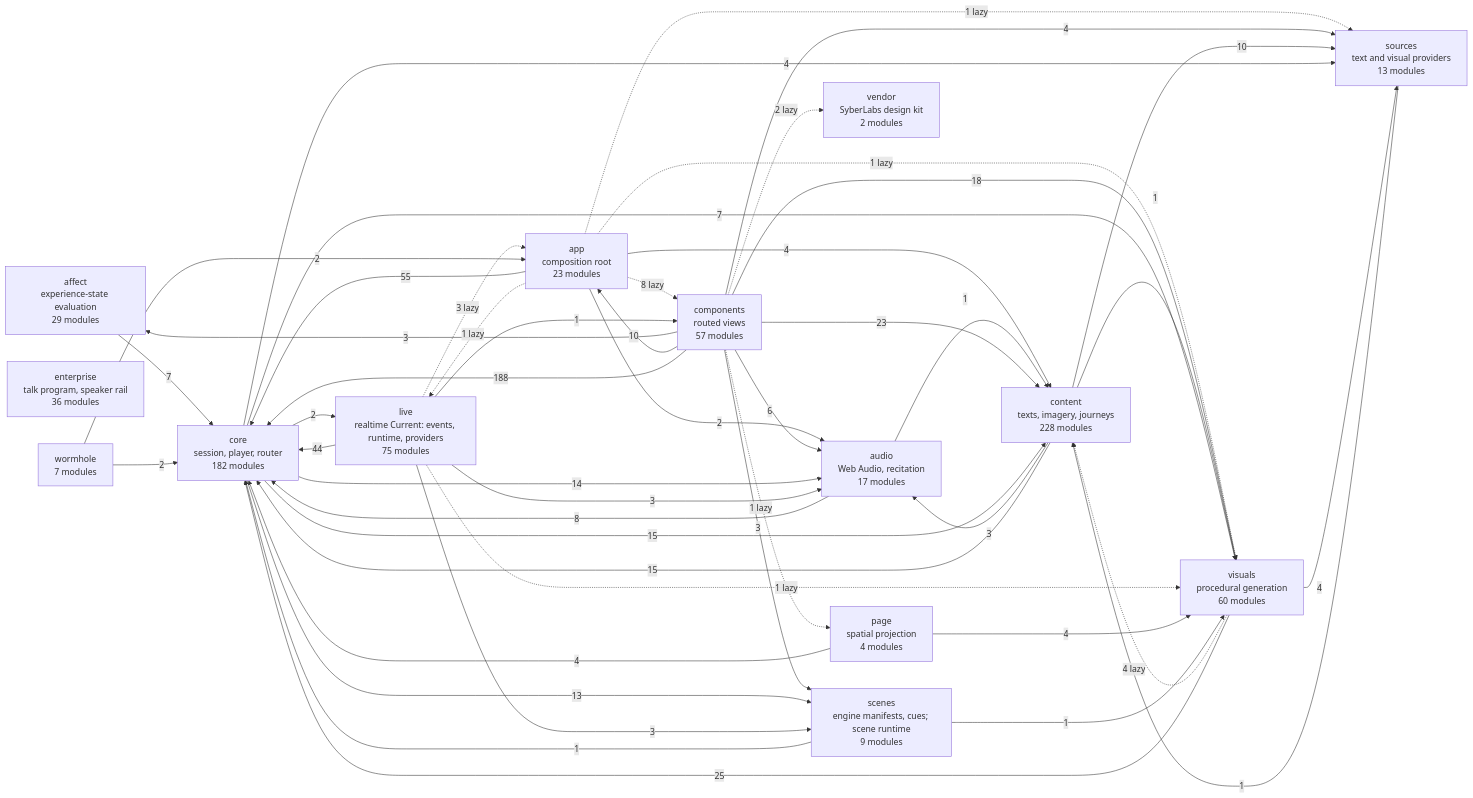
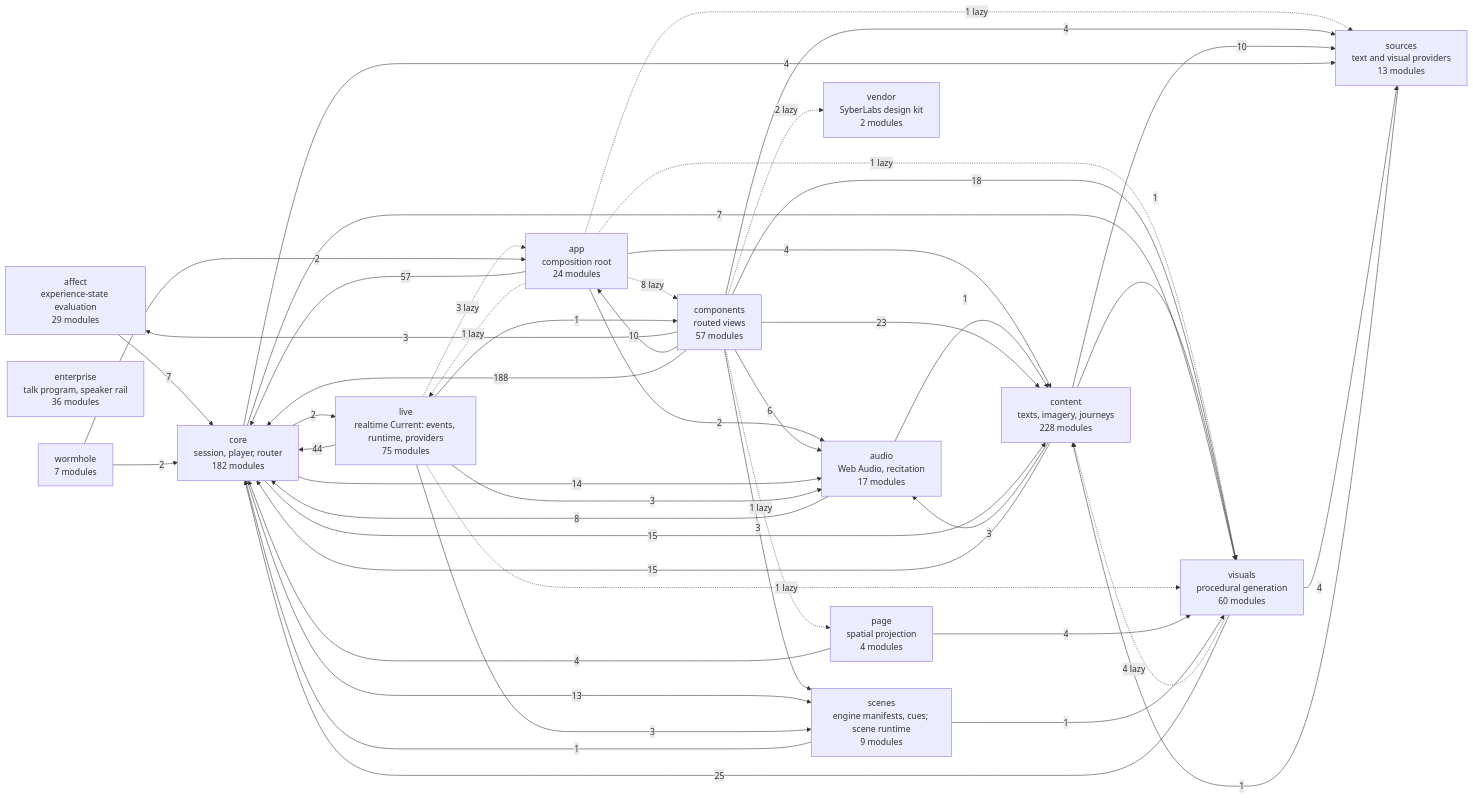
The diagram in docs/specs/ARCHITECTURE.md (SyberLabs/RISE), drawn with Mermaid before and after one commit. The commit also changed 1 other file, not shown here.

Commit message:
RISE Changes admits a digest's Current without reaching into the live layer
The live layer is reached statically from nowhere outside itself, so the
page holds the Current to the validator and the scene and figure admission,
and the whole file to the contract's 256 KB, without the MCP transport's
byte budget. The architecture diagram counts the new module.

````diff
--- a/docs/specs/ARCHITECTURE.md
+++ b/docs/specs/ARCHITECTURE.md
@@ -161,64 +161,64 @@
 ```mermaid
 flowchart LR
     affect["affect<br/>experience-state evaluation<br/>29 modules"]
-    app["app<br/>composition root<br/>23 modules"]
+    app["app<br/>composition root<br/>24 modules"]
     audio["audio<br/>Web Audio, recitation<br/>17 modules"]
     components["components<br/>routed views<br/>57 modules"]
     content["content<br/>texts, imagery, journeys<br/>228 modules"]
     core["core<br/>session, player, router<br/>182 modules"]
     enterprise["enterprise<br/>talk program, speaker rail<br/>36 modules"]
     live["live<br/>realtime Current: events, runtime, providers<br/>75 modules"]
     page["page<br/>spatial projection<br/>4 modules"]
     scenes["scenes<br/>engine manifests, cues; scene runtime<br/>9 modules"]
     sources["sources<br/>text and visual providers<br/>13 modules"]
     vendor["vendor<br/>SyberLabs design kit<br/>2 modules"]
     visuals["visuals<br/>procedural generation<br/>60 modules"]
     wormhole["wormhole<br/>7 modules"]
 
     affect --> |7| core
     app --> |2| audio
     app -.-> |8 lazy| components
     app --> |4| content
-    app --> |55| core
+    app --> |57| core
     app -.-> |1 lazy| live
     app -.-> |1 lazy| sources
     app -.-> |1 lazy| visuals
     audio --> |1| content
     audio --> |8| core
     components --> |3| affect
     components --> |10| app
     components --> |6| audio
     components --> |23| content
     components --> |188| core
     components -.-> |1 lazy| page
     components --> |3| scenes
     components --> |4| sources
     components -.-> |2 lazy| vendor
     components --> |18| visuals
     content --> |3| audio
     content --> |15| core
     content --> |10| sources
     content --> |1| visuals
     core --> |14| audio
     core --> |15| content
     core --> |2| live
     core --> |13| scenes
     core --> |4| sources
     core --> |7| visuals
     live -.-> |3 lazy| app
     live --> |3| audio
     live --> |1| components
     live --> |44| core
     live --> |3| scenes
     live -.-> |1 lazy| visuals
     page --> |4| core
     page --> |4| visuals
     scenes --> |1| core
     scenes --> |1| visuals
     sources --> |1| content
     visuals -.-> |4 lazy| content
     visuals --> |25| core
     visuals --> |4| sources
     wormhole --> |2| app
     wormhole --> |2| core
 ```
````
